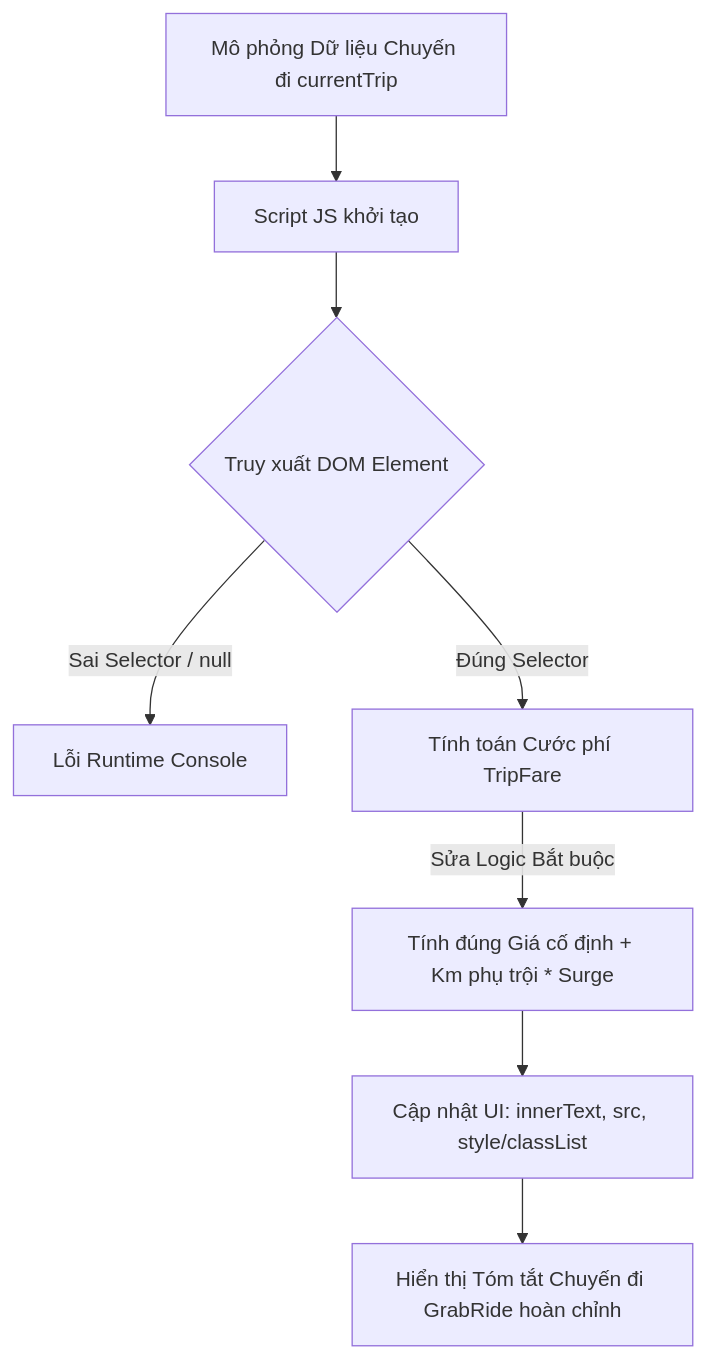
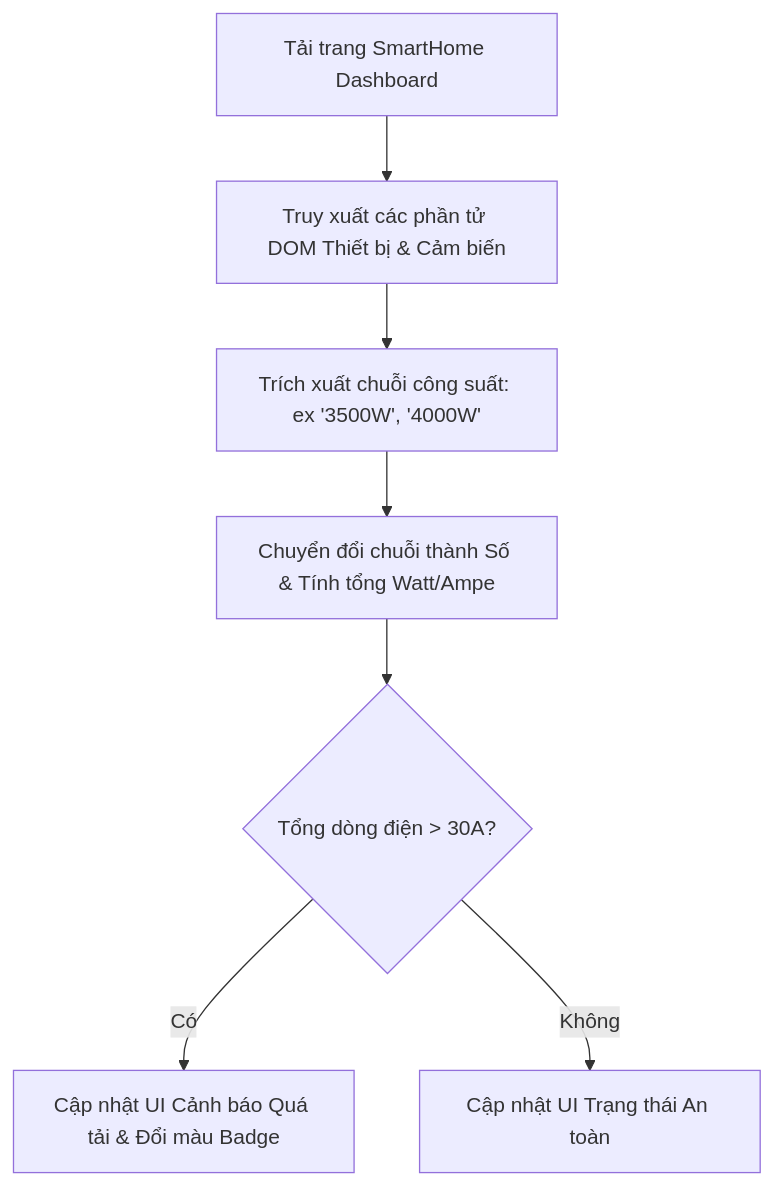
One commit to ngoquy12/learning_material changed the diagram in output/pms/Phát_triển_ứng_dụng_web/Session 17 - Tương tác DOM API (Document Object Model)- Truy xuất và Thay đổi Nội dung/Bài tập/bai_01/de_bai.md. Above: the diagram before and after it, drawn with Mermaid. The commit also changed other lines of this file and 51 other files, not shown here.

Commit message:
feat(homework): implement 15-exercise Bloom suite, in-class synthesis and mindmap exercises

````diff
--- a/output/pms/Phát_triển_ứng_dụng_web/Session 17 - Tương tác DOM API (Document Object Model)- Truy xuất và Thay đổi Nội dung/Bài tập/bai_01/de_bai.md
+++ b/output/pms/Phát_triển_ứng_dụng_web/Session 17 - Tương tác DOM API (Document Object Model)- Truy xuất và Thay đổi Nội dung/Bài tập/bai_01/de_bai.md
@@ -14,10 +16,9 @@
 ```mermaid
 graph TD
-    A[Mô phỏng Dữ liệu Chuyến đi currentTrip] --> B[Script JS khởi tạo]
-    B --> C{Truy xuất DOM Element}
-    C -->|Sai Selector / null| D[Lỗi Runtime Console]
-    C -->|Đúng Selector| E[Tính toán Cước phí TripFare]
-    E -->|Sửa Logic Bắt buộc| F[Tính đúng Giá cố định + Km phụ trội * Surge]
-    F --> G[Cập nhật UI: innerText, src, style/classList]
-    G --> H[Hiển thị Tóm tắt Chuyến đi GrabRide hoàn chỉnh]
+    A[Tải trang SmartHome Dashboard] --> B[Truy xuất các phần tử DOM Thiết bị & Cảm biến]
+    B --> C[Trích xuất chuỗi công suất: ex '3500W', '4000W']
+    C --> D[Chuyển đổi chuỗi thành Số & Tính tổng Watt/Ampe]
+    D --> E{Tổng dòng điện > 30A?}
+    E -- Có --> F[Cập nhật UI Cảnh báo Quá tải & Đổi màu Badge]
+    E -- Không --> G[Cập nhật UI Trạng thái An toàn]
 ```
````
